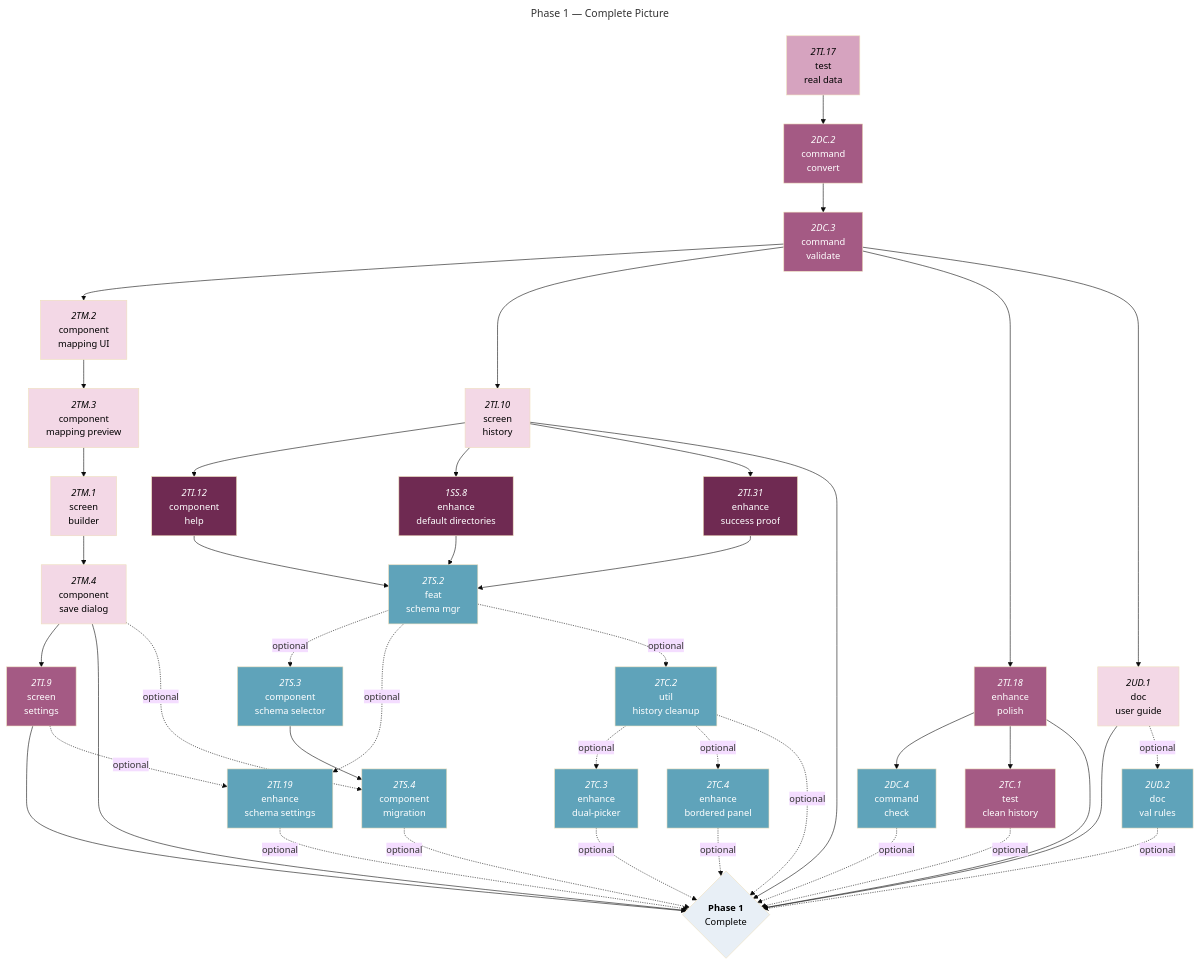
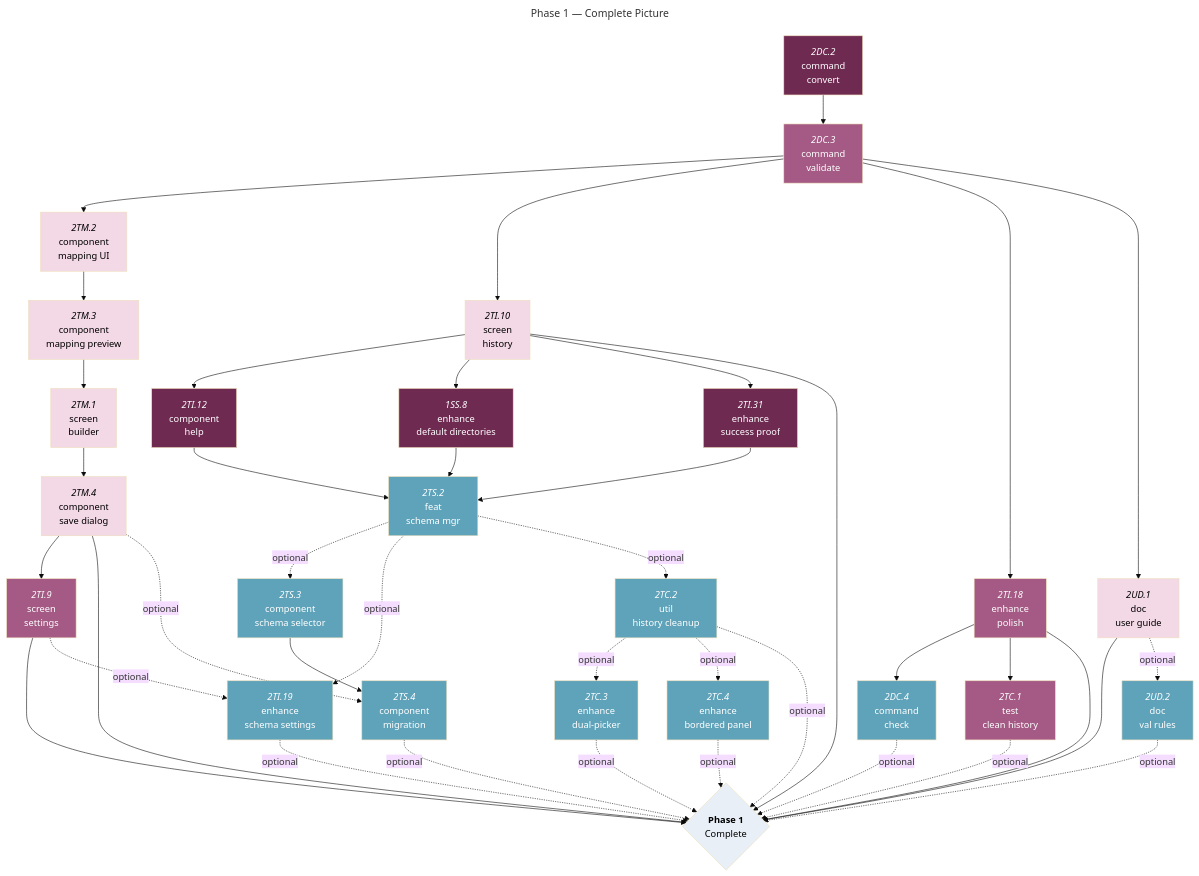
One commit to foundersandcoders/iris changed the fourth of 4 diagrams in docs/roadmaps/phase-1-mvp-features.md. Above: the diagram before and after it, drawn with Mermaid (base theme). The commit also changed other lines of this file, not shown here.

````diff
--- a/docs/roadmaps/phase-1-mvp-features.md
+++ b/docs/roadmaps/phase-1-mvp-features.md
@@ -330,73 +315,71 @@
 ```mermaid
 ---
 title: Phase 1 — Complete Picture
 ---
 graph TD
 
-%% M2A Open — bugs/fixes before real-data testing %%
+%% M2A Tasks (optional enhancements) %%
 2TI.12["`*2TI.12*<br/>component<br/>help`"]:::should-open
 1SS.8["`*1SS.8*<br/>enhance<br/>default directories`"]:::should-open
 2TI.31["`*2TI.31*<br/>enhance<br/>success proof`"]:::should-open
-2TI.17["`*2TI.17*<br/>test<br/>real data`"]:::must-open
 
 %% M2B Tasks %%
-2DC.2["`*2DC.2*<br/>command<br/>convert`"]:::should-blocked
+2DC.2["`*2DC.2*<br/>command<br/>convert`"]:::should-open
 2DC.3["`*2DC.3*<br/>command<br/>validate`"]:::should-blocked
 2DC.4["`*2DC.4*<br/>command<br/>check`"]:::could-blocked
 
 %% M2C Tasks %%
 2TM.2["`*2TM.2*<br/>component<br/>mapping UI`"]:::must-blocked
 2TM.3["`*2TM.3*<br/>component<br/>mapping preview`"]:::must-blocked
 2TM.1["`*2TM.1*<br/>screen<br/>builder`"]:::must-blocked
 2TM.4["`*2TM.4*<br/>component<br/>save dialog`"]:::must-blocked
 2TI.9["`*2TI.9*<br/>screen<br/>settings`"]:::should-blocked
 2TS.2["`*2TS.2*<br/>feat<br/>schema mgr`"]:::could-blocked
 2TS.3["`*2TS.3*<br/>component<br/>schema selector`"]:::could-blocked
 2TS.4["`*2TS.4*<br/>component</br>migration`"]:::could-blocked
 2TI.19["`*2TI.19*<br/>enhance<br/>schema settings`"]:::could-blocked
 2TI.10["`*2TI.10*<br/>screen<br/>history`"]:::must-blocked
 2TI.18["`*2TI.18*<br/>enhance<br/>polish`"]:::should-blocked
 2TC.1["`*2TC.1*<br/>test<br/>clean history`"]:::should-blocked
 2UD.1["`*2UD.1*<br/>doc<br/>user guide`"]:::must-blocked
 2UD.2["`*2UD.2*<br/>doc<br/>val rules`"]:::could-blocked
 2TC.2["`*2TC.2*<br/>util<br/>history cleanup`"]:::could-blocked
 2TC.3["`*2TC.3*<br/>enhance<br/>dual-picker`"]:::could-blocked
 2TC.4["`*2TC.4*<br/>enhance<br/>bordered panel`"]:::could-blocked
 
 %% Milestone nodes %%
 phase1{"`**Phase 1**<br/>Complete`"}:::mile
 
 %% M2A Dependencies %%
 
 %% M2B Dependencies %%
-2TI.17 --> 2DC.2
 2DC.2 --> 2DC.3
 2DC.3 --> 2TM.2 & 2TI.10 & 2TI.18 & 2UD.1
 
 %% M2C Dependencies %%
 2TM.2 --> 2TM.3
 2TM.3 --> 2TM.1
 2TM.1 --> 2TM.4
 2TM.4 --> 2TI.9
 2TI.10 --> 2TI.12 & 1SS.8 & 2TI.31
 2TI.12 & 1SS.8 & 2TI.31 --> 2TS.2
 2TI.18 --> 2DC.4 & 2TC.1
 2TS.3 --> 2TS.4
 2TI.9 & 2TI.10 & 2TI.18 & 2UD.1 & 2TM.4 --> phase1
 
 %% OPTIONAL %%
 2UD.1 -.->|optional| 2UD.2
 2TI.9 -.->|optional| 2TI.19
 2TM.4 -.->|optional| 2TS.4
 2TS.2 -.->|optional| 2TS.3 & 2TI.19 & 2TC.2
 2TC.2 -.->|optional| 2TC.3 & 2TC.4
 2DC.4 & 2TI.19 & 2TS.4 & 2UD.2 & 2TC.1 & 2TC.2 & 2TC.3 & 2TC.4 -.->|optional| phase1
 
 classDef must-open fill:#D6A3BF,color:#000;
 classDef must-blocked fill:#F3D8E6,color:#000;
 classDef should-open fill:#6F2A52,color:#fff;
 classDef should-blocked fill:#A45A84,color:#fff;
 classDef could-open fill:#3E7F96,color:#fff;
 classDef could-blocked fill:#5FA3BA,color:#fff;
 classDef mile fill:#E8EFF6,color:#000;
 ```
````
